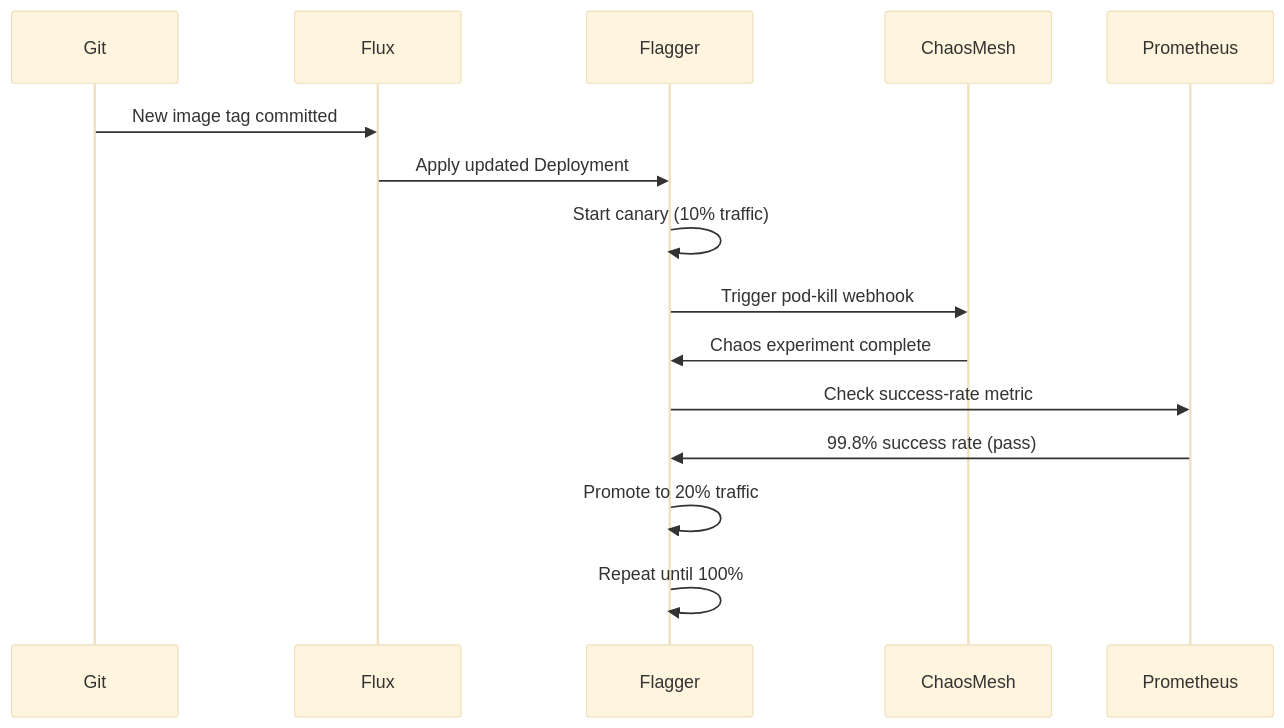
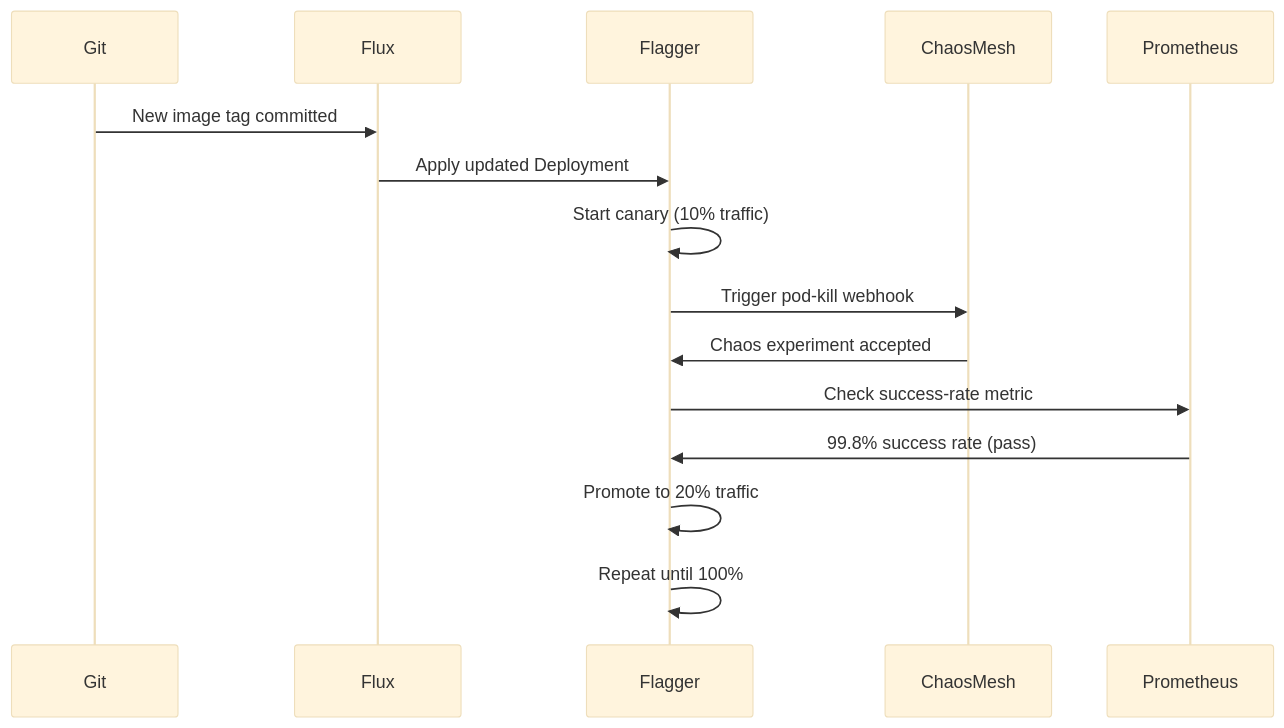
Before and after one commit to OneUptime/blog: the diagram in posts/2026-03-13-integrate-chaos-experiments-with-flagger-canary/README.md, drawn with Mermaid (base theme). The commit also changed other lines of this file and 2 other files, not shown here.

Commit message:
validate: 2026-03-13-integrate-chaos-experiments-with-flagger-canary

````diff
--- a/posts/2026-03-13-integrate-chaos-experiments-with-flagger-canary/README.md
+++ b/posts/2026-03-13-integrate-chaos-experiments-with-flagger-canary/README.md
@@ -172,18 +149,18 @@
 ```mermaid
 sequenceDiagram
     participant Git
     participant Flux
     participant Flagger
     participant ChaosMesh
     participant Prometheus
 
     Git->>Flux: New image tag committed
     Flux->>Flagger: Apply updated Deployment
     Flagger->>Flagger: Start canary (10% traffic)
     Flagger->>ChaosMesh: Trigger pod-kill webhook
-    ChaosMesh->>Flagger: Chaos experiment complete
+    ChaosMesh->>Flagger: Chaos experiment accepted
     Flagger->>Prometheus: Check success-rate metric
     Prometheus->>Flagger: 99.8% success rate (pass)
     Flagger->>Flagger: Promote to 20% traffic
     Flagger->>Flagger: Repeat until 100%
 ```
````
